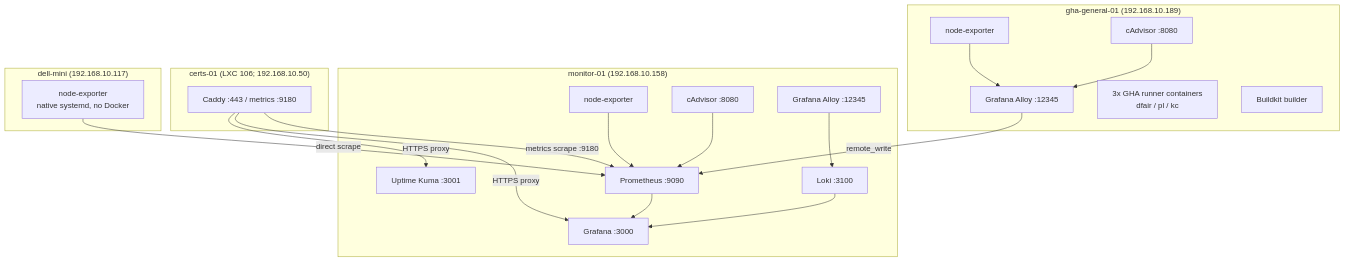
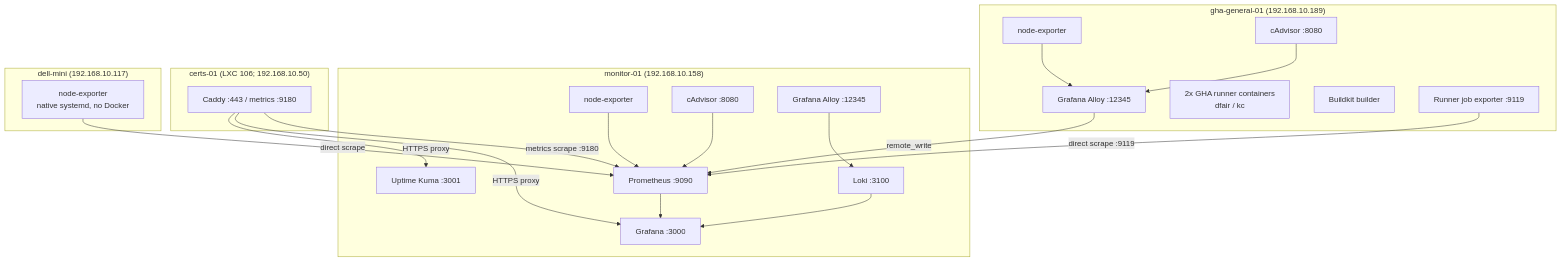
Before and after one commit to sethbarrett50/home_lab_docs: the diagram in docs/services/monitoring.md, drawn with Mermaid. The commit also changed other lines of this file and 8 other files, not shown here.

````diff
--- a/docs/services/monitoring.md
+++ b/docs/services/monitoring.md
@@ -16,41 +16,43 @@
 ```mermaid
 graph TD
     subgraph "gha-general-01 (192.168.10.189)"
         NE1[node-exporter]
         CB1[cAdvisor :8080]
         AL1[Grafana Alloy :12345]
-        R1[3x GHA runner containers\ndfair / pl / kc]
+        R1[2x GHA runner containers\ndfair / kc]
         BK[Buildkit builder]
+        EX[Runner job exporter :9119]
     end
 
     subgraph "monitor-01 (192.168.10.158)"
         NE2[node-exporter]
         CB2[cAdvisor :8080]
         AL2[Grafana Alloy :12345]
         PROM[Prometheus :9090]
         LOKI[Loki :3100]
         GF[Grafana :3000]
         KUMA[Uptime Kuma :3001]
     end
 
     subgraph "certs-01 (LXC 106; 192.168.10.50)"
         CADDY[Caddy :443 / metrics :9180]
     end
 
     subgraph "dell-mini (192.168.10.117)"
         NE3[node-exporter\nnative systemd, no Docker]
     end
 
     NE1 --> AL1
     CB1 --> AL1
+    EX -->|direct scrape :9119| PROM
     AL1 -->|remote_write| PROM
     NE2 --> PROM
     CB2 --> PROM
     NE3 -->|direct scrape| PROM
     CADDY -->|metrics scrape :9180| PROM
     CADDY -->|HTTPS proxy| GF
     CADDY -->|HTTPS proxy| KUMA
     AL2 --> LOKI
     PROM --> GF
     LOKI --> GF
 ```
````
